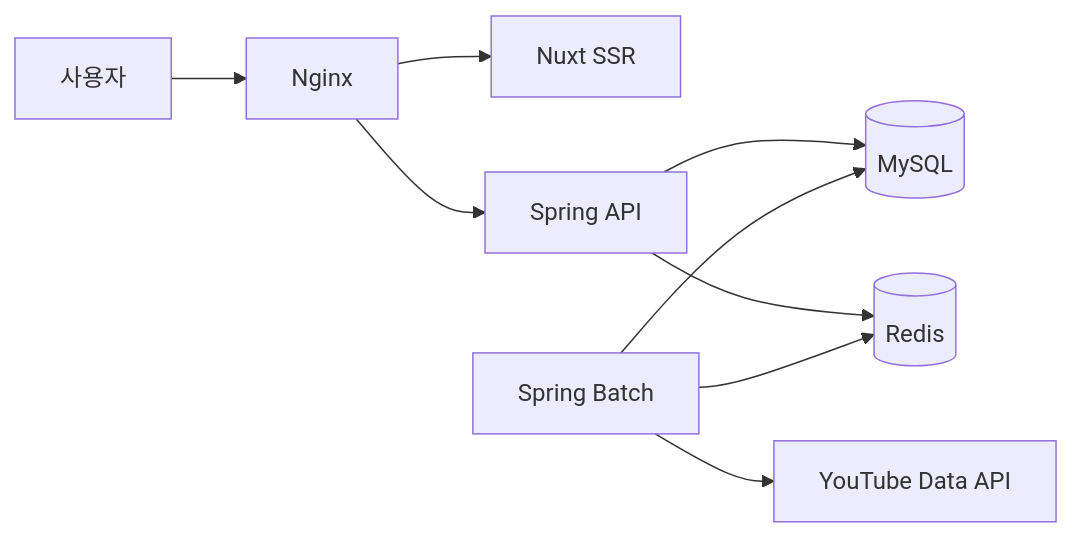
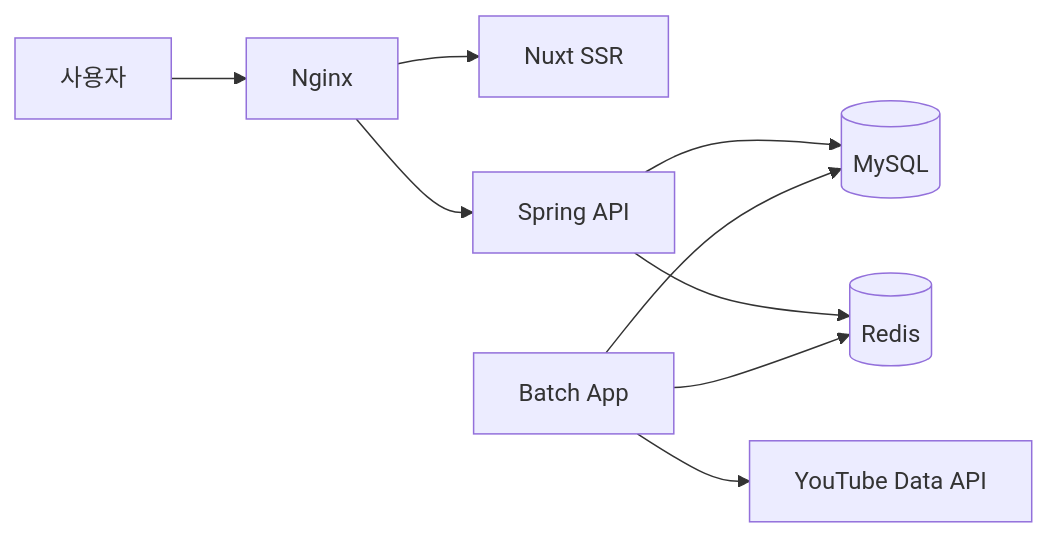
Before and after one commit to dakcoh/tubeten: the diagram in README.md, drawn with Mermaid. The commit also changed other lines of this file, not shown here.

````diff
--- a/README.md
+++ b/README.md
@@ -76,11 +88,11 @@
 ```mermaid
 flowchart LR
     User["사용자"] --> Nginx["Nginx"]
     Nginx --> Nuxt["Nuxt SSR"]
     Nginx --> API["Spring API"]
     API --> MySQL[("MySQL")]
     API --> Redis[("Redis")]
-    Batch["Spring Batch"] --> YouTube["YouTube Data API"]
+    Batch["Batch App"] --> YouTube["YouTube Data API"]
     Batch --> MySQL
     Batch --> Redis
 ```
````
